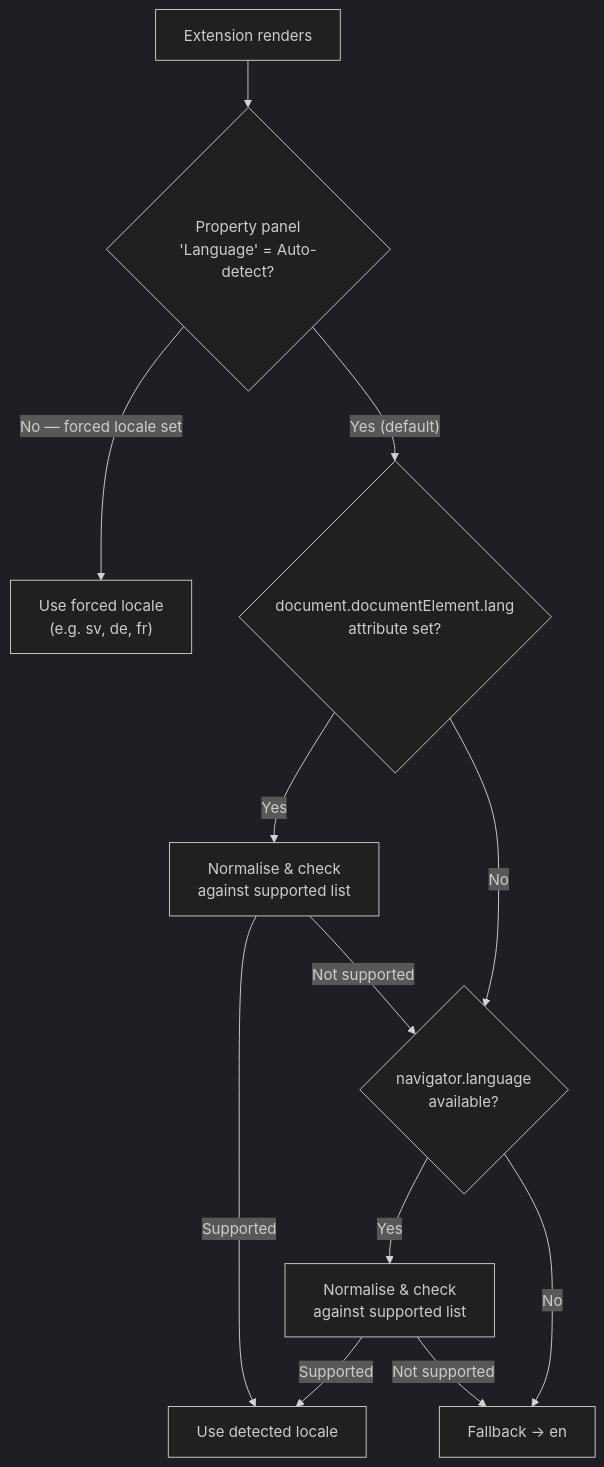
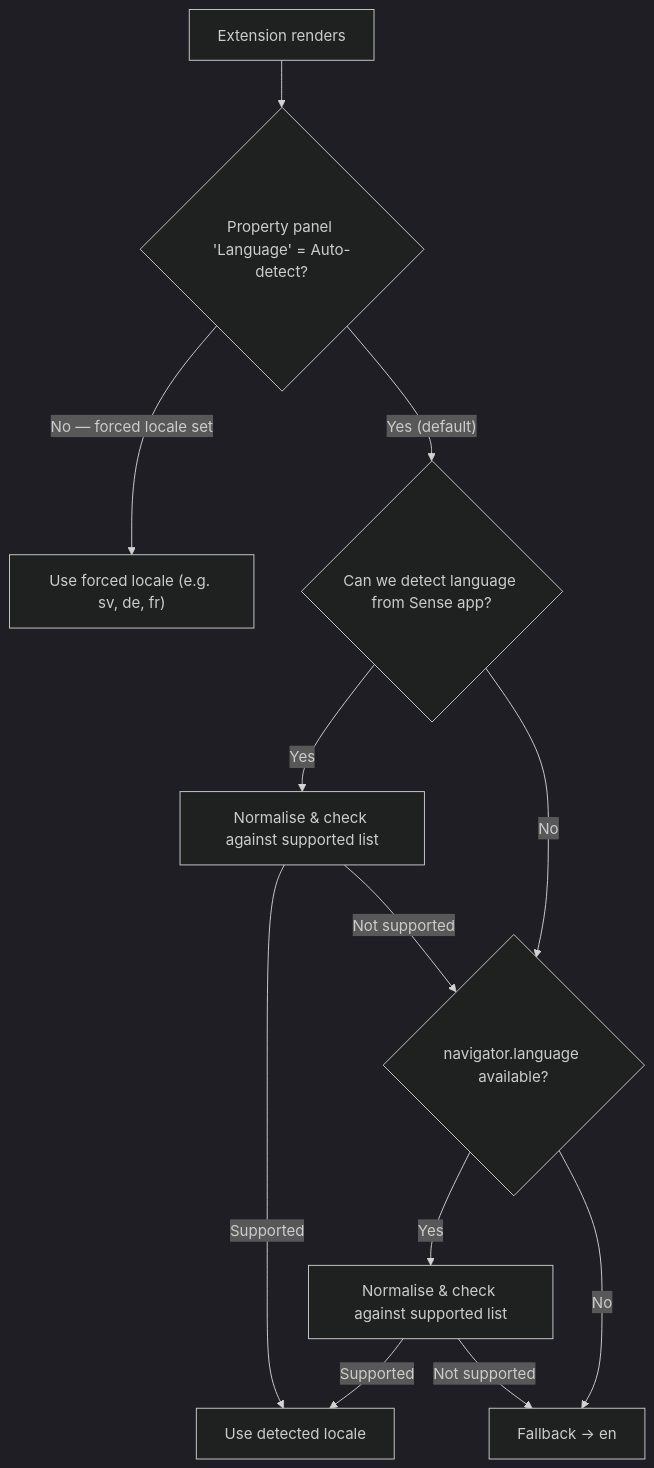
One commit to ptarmiganlabs/qs-help-button changed the first of 5 diagrams in docs/multi-language.md. Above: the diagram before and after it, drawn with Mermaid (dark theme). The commit also changed other lines of this file, not shown here.

Commit message:
docs: update multi-language documentation with notes on visibility and future enhancements

````diff
--- a/docs/multi-language.md
+++ b/docs/multi-language.md
@@ -65,14 +66,14 @@
 ```mermaid
 flowchart TD
-    A["Extension renders"] --> B{"Property panel\n'Language' = Auto-detect?"}
-    B -- "No — forced locale set" --> C["Use forced locale\n(e.g. sv, de, fr)"]
-    B -- "Yes (default)" --> D{"document.documentElement.lang\nattribute set?"}
-    D -- "Yes" --> E["Normalise & check\nagainst supported list"]
-    D -- "No" --> F{"navigator.language\navailable?"}
-    F -- "Yes" --> G["Normalise & check\nagainst supported list"]
+    A["Extension renders"] --> B{"Property panel 'Language' = Auto-detect?"}
+    B -- "No — forced locale set" --> C["Use forced locale (e.g. sv, de, fr)"]
+    B -- "Yes (default)" --> D{"Can we detect language from Sense app?"}
+    D -- "Yes" --> E["Normalise & check against supported list"]
+    D -- "No" --> F{"navigator.language available?"}
+    F -- "Yes" --> G["Normalise & check against supported list"]
     F -- "No" --> H["Fallback → en"]
     E -- Supported --> I["Use detected locale"]
     E -- "Not supported" --> F
     G -- Supported --> I
     G -- "Not supported" --> H
 ```
````
